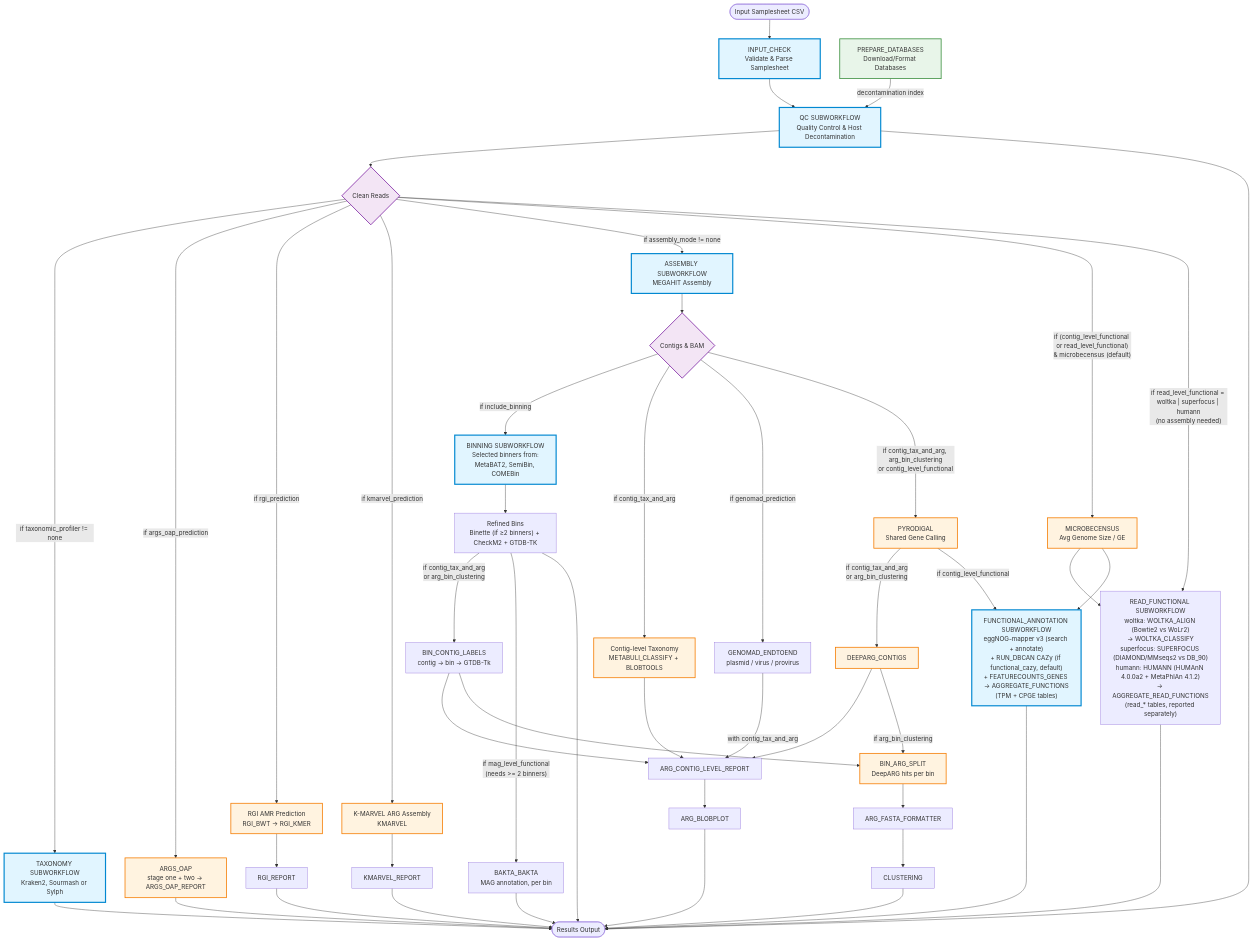
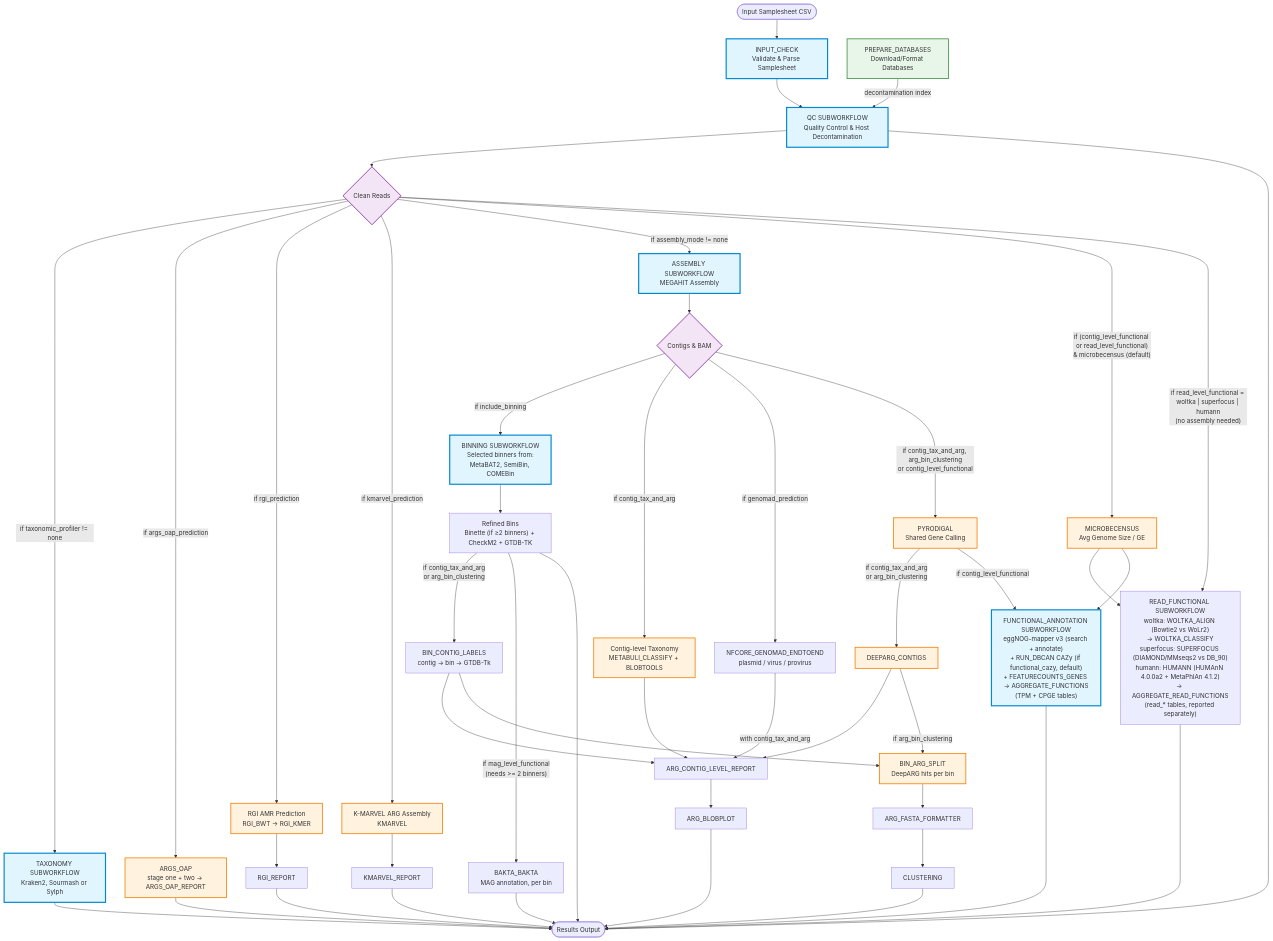
One commit to gene2dis/BugBuster changed the first of 8 diagrams in docs/WORKFLOW_DIAGRAM.md. Above: the diagram before and after it, drawn with Mermaid. The commit also changed other lines of this file and 18 other files, not shown here.

```diff
--- a/docs/WORKFLOW_DIAGRAM.md
+++ b/docs/WORKFLOW_DIAGRAM.md
@@ -42,7 +42,7 @@
     
     %% Contig-level Analysis Branch
     Contigs -->|if contig_tax_and_arg| ContigTax[Contig-level Taxonomy<br/>METABULI_CLASSIFY + BLOBTOOLS]
-    Contigs -->|if genomad_prediction| Genomad[GENOMAD_ENDTOEND<br/>plasmid / virus / provirus]
+    Contigs -->|if genomad_prediction| Genomad[NFCORE_GENOMAD_ENDTOEND<br/>plasmid / virus / provirus]
     Contigs -->|"if contig_tax_and_arg, arg_bin_clustering<br/>or contig_level_functional"| Pyrodigal[PYRODIGAL<br/>Shared Gene Calling]
     Pyrodigal -->|"if contig_tax_and_arg<br/>or arg_bin_clustering"| ContigARG[DEEPARG_CONTIGS]
     RefinedBins -->|"if contig_tax_and_arg<br/>or arg_bin_clustering"| BinLabels[BIN_CONTIG_LABELS<br/>contig → bin → GTDB-Tk]
```
